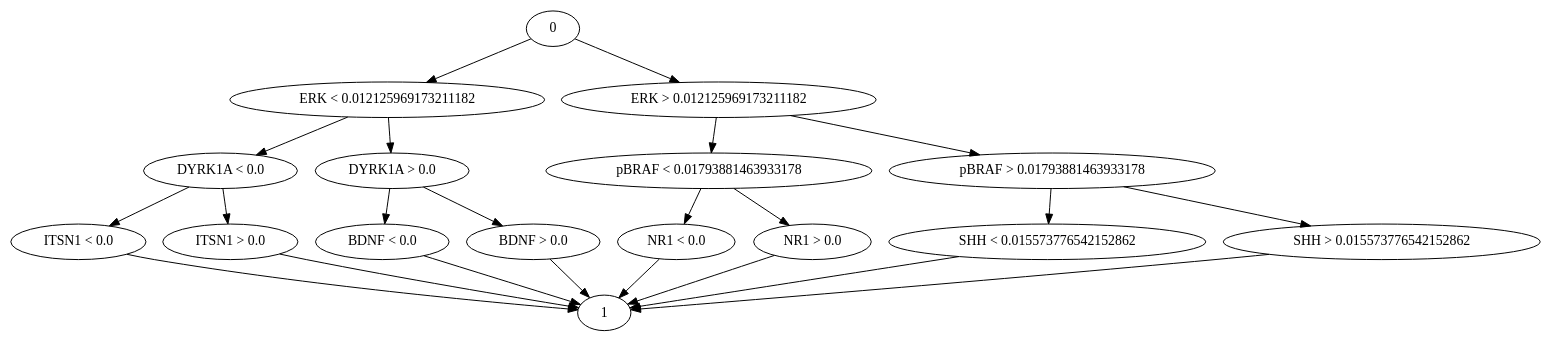
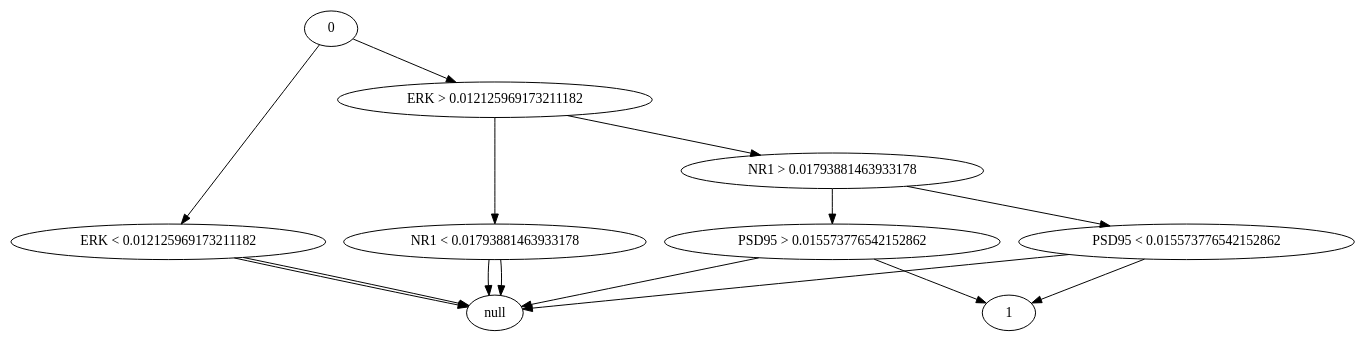
Before and after one commit to Kunal-Jha/DecisionTreeMLAssignment2: the diagram in decisionTree/assets/trainingDataTree.dot, drawn with Graphviz. The commit also changed 5 other files, not shown here.

```diff
--- a/decisionTree/assets/trainingDataTree.dot
+++ b/decisionTree/assets/trainingDataTree.dot
@@ -1,47 +1,31 @@
 digraph G {
   0;
   "ERK < 0.012125969173211182";
-  "DYRK1A < 0.0";
-  "ITSN1 < 0.0";
+  null;
+  null;
+  "ERK > 0.012125969173211182";
+  "NR1 < 0.01793881463933178";
+  null;
+  null;
+  "NR1 > 0.01793881463933178";
+  "PSD95 < 0.015573776542152862";
+  null;
   1;
-  "ITSN1 > 0.0";
-  1;
-  "DYRK1A > 0.0";
-  "BDNF < 0.0";
-  1;
-  "BDNF > 0.0";
-  1;
-  "ERK > 0.012125969173211182";
-  "pBRAF < 0.01793881463933178";
-  "NR1 < 0.0";
-  1;
-  "NR1 > 0.0";
-  1;
-  "pBRAF > 0.01793881463933178";
-  "SHH < 0.015573776542152862";
-  1;
-  "SHH > 0.015573776542152862";
+  "PSD95 > 0.015573776542152862";
+  null;
   1;
   0 -> "ERK < 0.012125969173211182";
-  "ERK < 0.012125969173211182" -> "DYRK1A < 0.0";
-  "DYRK1A < 0.0" -> "ITSN1 < 0.0";
-  "ITSN1 < 0.0" -> 1;
-  "DYRK1A < 0.0" -> "ITSN1 > 0.0";
-  "ITSN1 > 0.0" -> 1;
-  "ERK < 0.012125969173211182" -> "DYRK1A > 0.0";
-  "DYRK1A > 0.0" -> "BDNF < 0.0";
-  "BDNF < 0.0" -> 1;
-  "DYRK1A > 0.0" -> "BDNF > 0.0";
-  "BDNF > 0.0" -> 1;
+  "ERK < 0.012125969173211182" -> null;
+  "ERK < 0.012125969173211182" -> null;
   0 -> "ERK > 0.012125969173211182";
-  "ERK > 0.012125969173211182" -> "pBRAF < 0.01793881463933178";
-  "pBRAF < 0.01793881463933178" -> "NR1 < 0.0";
-  "NR1 < 0.0" -> 1;
-  "pBRAF < 0.01793881463933178" -> "NR1 > 0.0";
-  "NR1 > 0.0" -> 1;
-  "ERK > 0.012125969173211182" -> "pBRAF > 0.01793881463933178";
-  "pBRAF > 0.01793881463933178" -> "SHH < 0.015573776542152862";
-  "SHH < 0.015573776542152862" -> 1;
-  "pBRAF > 0.01793881463933178" -> "SHH > 0.015573776542152862";
-  "SHH > 0.015573776542152862" -> 1;
+  "ERK > 0.012125969173211182" -> "NR1 < 0.01793881463933178";
+  "NR1 < 0.01793881463933178" -> null;
+  "NR1 < 0.01793881463933178" -> null;
+  "ERK > 0.012125969173211182" -> "NR1 > 0.01793881463933178";
+  "NR1 > 0.01793881463933178" -> "PSD95 < 0.015573776542152862";
+  "PSD95 < 0.015573776542152862" -> null;
+  "PSD95 < 0.015573776542152862" -> 1;
+  "NR1 > 0.01793881463933178" -> "PSD95 > 0.015573776542152862";
+  "PSD95 > 0.015573776542152862" -> null;
+  "PSD95 > 0.015573776542152862" -> 1;
 }
```
